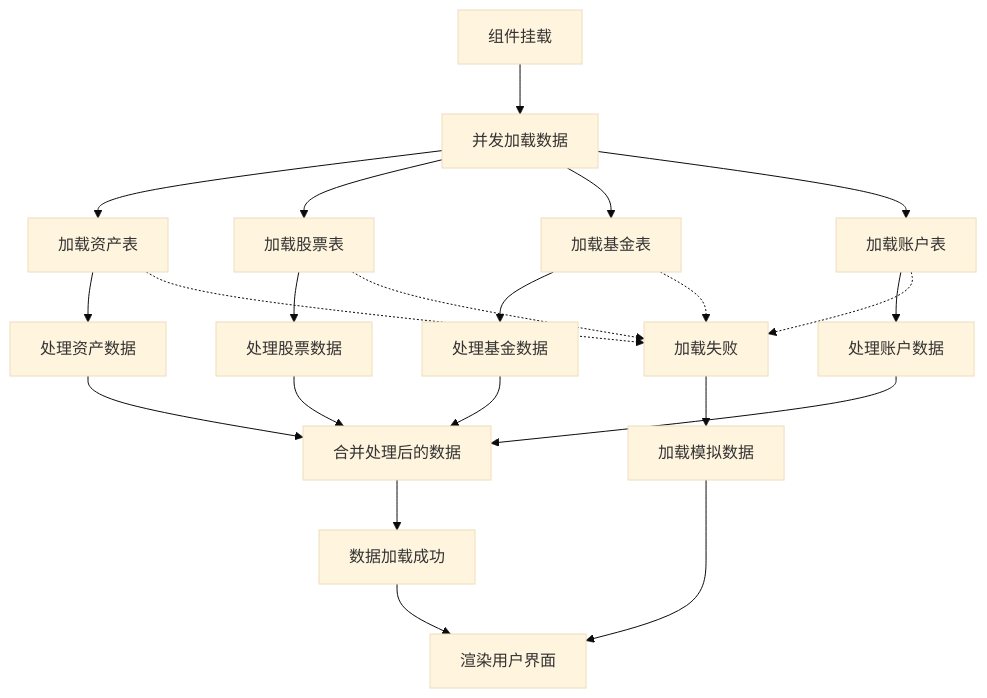
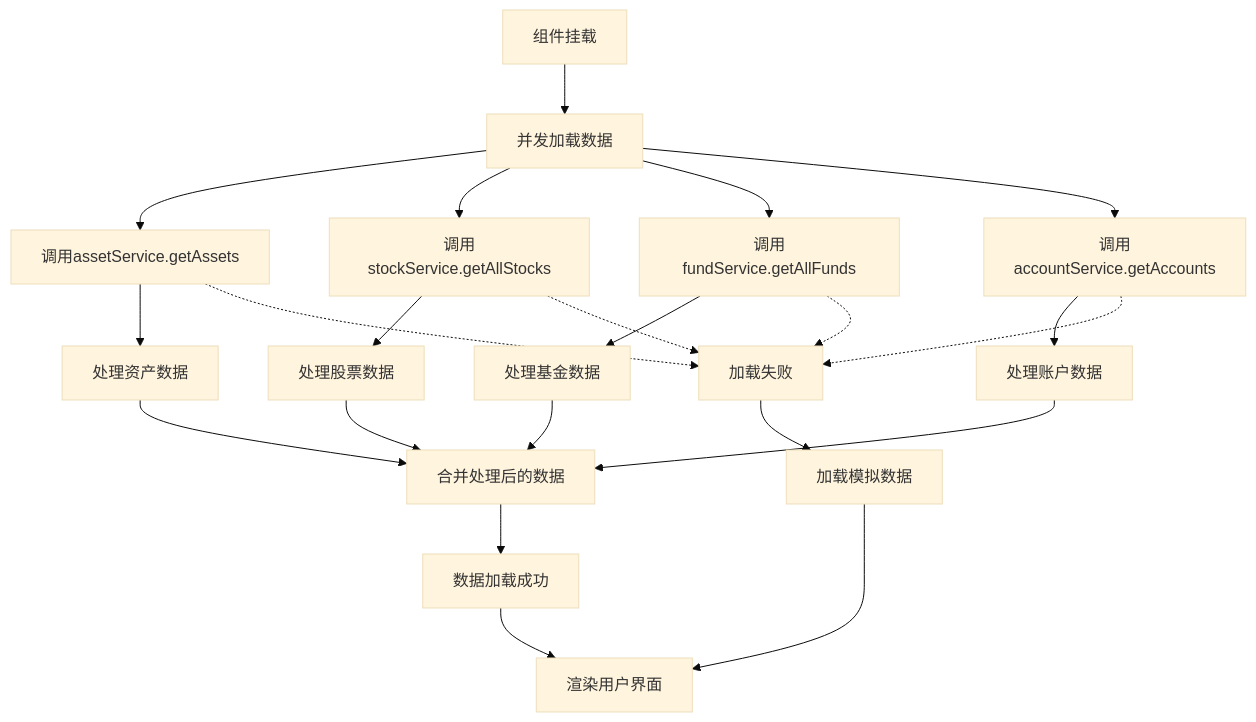
One commit to xiao-lin-unit/yuan changed the ninth of 19 diagrams in .qoder/repowiki/zh/content/资产管理/资产总览.md. Above: the diagram before and after it, drawn with Mermaid (base theme). The commit also changed other lines of this file and 21 other files, not shown here.

````diff
--- a/.qoder/repowiki/zh/content/资产管理/资产总览.md
+++ b/.qoder/repowiki/zh/content/资产管理/资产总览.md
@@ -462,24 +409,24 @@
 ```mermaid
 flowchart TD
 Start[组件挂载] --> ParallelLoad[并发加载数据]
-ParallelLoad --> LoadAssets[加载资产表]
-ParallelLoad --> LoadStocks[加载股票表]
-ParallelLoad --> LoadFunds[加载基金表]
-ParallelLoad --> LoadAccounts[加载账户表]
+ParallelLoad --> LoadAssets[调用assetService.getAssets]
+ParallelLoad --> LoadStocks[调用stockService.getAllStocks]
+ParallelLoad --> LoadFunds[调用fundService.getAllFunds]
+ParallelLoad --> LoadAccounts[调用accountService.getAccounts]
 LoadAssets --> ProcessAssets[处理资产数据]
 LoadStocks --> ProcessStocks[处理股票数据]
 LoadFunds --> ProcessFunds[处理基金数据]
 LoadAccounts --> ProcessAccounts[处理账户数据]
 ProcessAssets --> CombineData[合并处理后的数据]
 ProcessStocks --> CombineData
 ProcessFunds --> CombineData
 ProcessAccounts --> CombineData
 CombineData --> Success[数据加载成功]
 Success --> RenderUI[渲染用户界面]
 LoadAssets -.-> Error[加载失败]
 LoadStocks -.-> Error
 LoadFunds -.-> Error
 LoadAccounts -.-> Error
 Error --> MockData[加载模拟数据]
 MockData --> RenderUI
 ```
````
